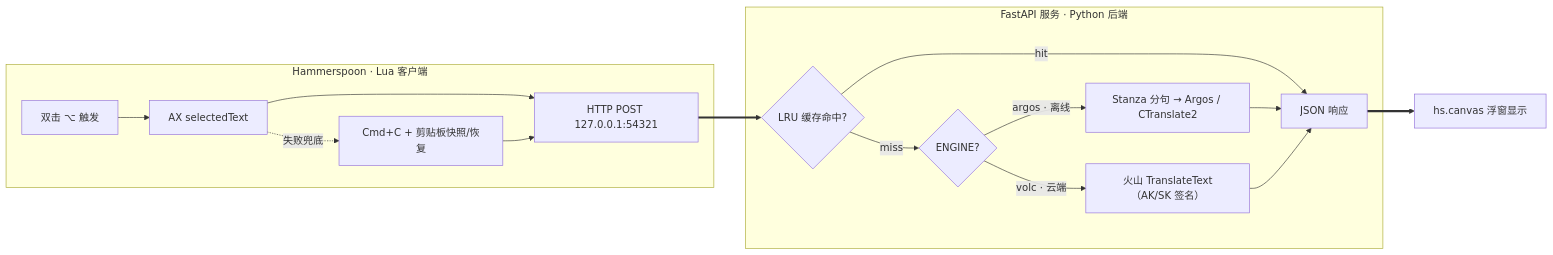
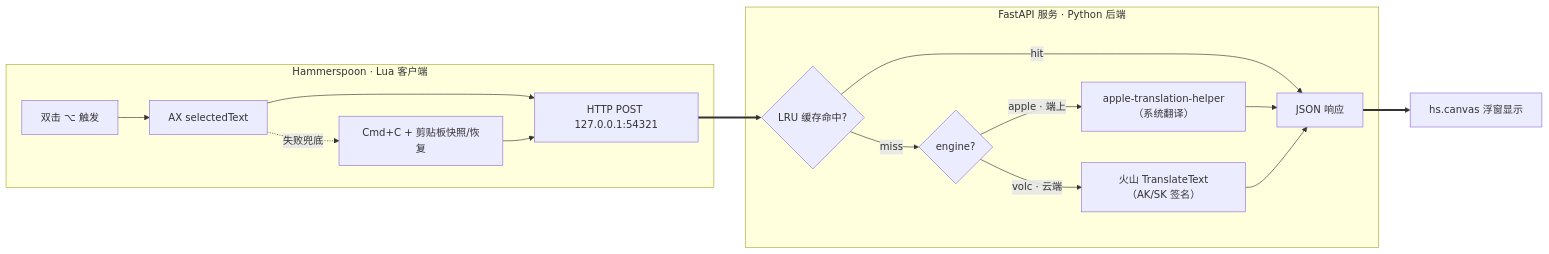
The diagram in README.md (Eim-aa/juyi), drawn with Mermaid before and after one commit. The commit also changed other lines of this file and 9 other files, not shown here.

First line of the commit message:
refactor: drop the Argos engine; Apple on-device becomes the offline default

````diff
--- a/README.md
+++ b/README.md
@@ -135,20 +135,20 @@
 ```mermaid
 flowchart LR
     subgraph HS["Hammerspoon · Lua 客户端"]
         H1["双击 ⌥ 触发"] --> H2["AX selectedText"]
         H2 -.失败兜底.-> H3["Cmd+C + 剪贴板快照/恢复"]
         H2 & H3 --> H4["HTTP POST 127.0.0.1:54321"]
     end
 
     H4 ==> S1
 
     subgraph BE["FastAPI 服务 · Python 后端"]
         S1{"LRU 缓存命中?"} -->|hit| S5
-        S1 -->|miss| S2{"ENGINE?"}
-        S2 -->|argos · 离线| S3["Stanza 分句 → Argos / CTranslate2"]
+        S1 -->|miss| S2{"engine?"}
+        S2 -->|apple · 端上| S3["apple-translation-helper（系统翻译）"]
         S2 -->|volc · 云端| S4["火山 TranslateText（AK/SK 签名）"]
         S3 & S4 --> S5["JSON 响应"]
     end
 
     S5 ==> H5["hs.canvas 浮窗显示"]
 ```
````
